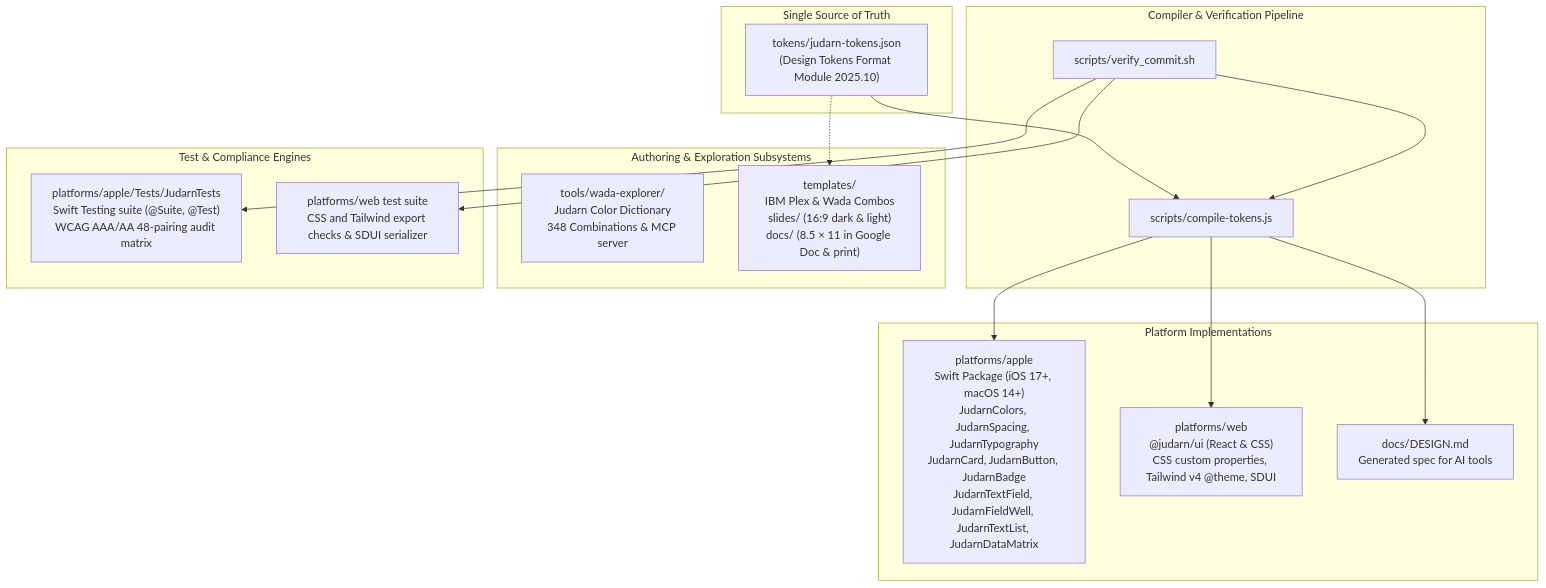
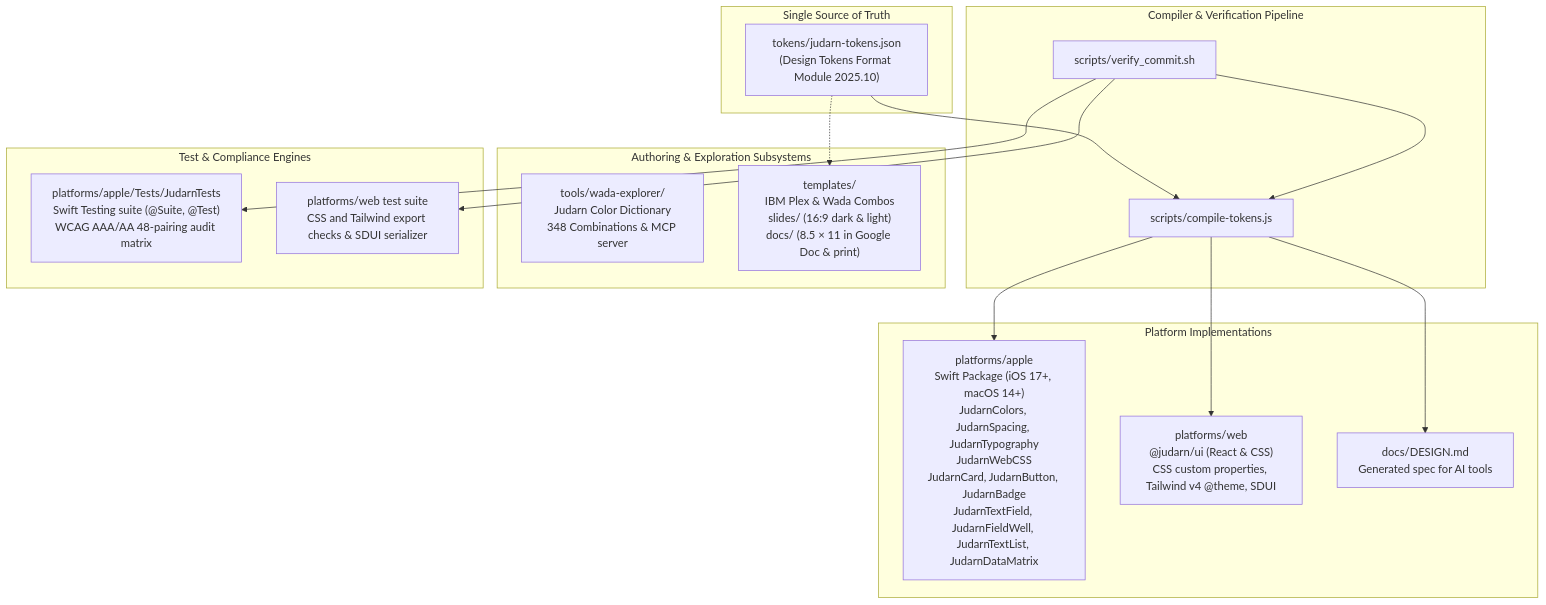
One commit to rubenluthman/judarn changed the diagram in ARCHITECTURE.md. Above: the diagram before and after it, drawn with Mermaid. The commit also changed other lines of this file and 7 other files, not shown here.

Commit message:
feat(apple): ship CSS token variables for HTML hosts

````diff
--- a/ARCHITECTURE.md
+++ b/ARCHITECTURE.md
@@ -48,37 +49,37 @@
 ```mermaid
 flowchart TD
     subgraph SOT["Single Source of Truth"]
         Tokens["tokens/judarn-tokens.json<br/>(Design Tokens Format Module 2025.10)"]
     end
 
     subgraph Pipeline["Compiler & Verification Pipeline"]
         Compiler["scripts/compile-tokens.js"]
         Verifier["scripts/verify_commit.sh"]
     end
 
     subgraph Targets["Platform Implementations"]
-        Apple["platforms/apple<br/>Swift Package (iOS 17+, macOS 14+)<br/>JudarnColors, JudarnSpacing, JudarnTypography<br/>JudarnCard, JudarnButton, JudarnBadge<br/>JudarnTextField, JudarnFieldWell, JudarnTextList, JudarnDataMatrix"]
+        Apple["platforms/apple<br/>Swift Package (iOS 17+, macOS 14+)<br/>JudarnColors, JudarnSpacing, JudarnTypography<br/>JudarnWebCSS<br/>JudarnCard, JudarnButton, JudarnBadge<br/>JudarnTextField, JudarnFieldWell, JudarnTextList, JudarnDataMatrix"]
         Web["platforms/web<br/>@judarn/ui (React & CSS)<br/>CSS custom properties, Tailwind v4 @theme, SDUI"]
         AIDoc["docs/DESIGN.md<br/>Generated spec for AI tools"]
     end
 
     subgraph Extensions["Authoring & Exploration Subsystems"]
         Wada["tools/wada-explorer/<br/>Judarn Color Dictionary<br/>348 Combinations & MCP server"]
         Templates["templates/<br/>IBM Plex & Wada Combos<br/>slides/ (16:9 dark & light)<br/>docs/ (8.5 × 11 in Google Doc & print)"]
     end
 
     subgraph Testing["Test & Compliance Engines"]
         SwiftTest["platforms/apple/Tests/JudarnTests<br/>Swift Testing suite (@Suite, @Test)<br/>WCAG AAA/AA 48-pairing audit matrix"]
         WebTest["platforms/web test suite<br/>CSS and Tailwind export checks & SDUI serializer"]
     end
 
     Tokens --> Compiler
     Compiler --> Apple
     Compiler --> Web
     Compiler --> AIDoc
     Tokens -.-> Templates
 
     Verifier --> Compiler
     Verifier --> SwiftTest
     Verifier --> WebTest
 ```
````
